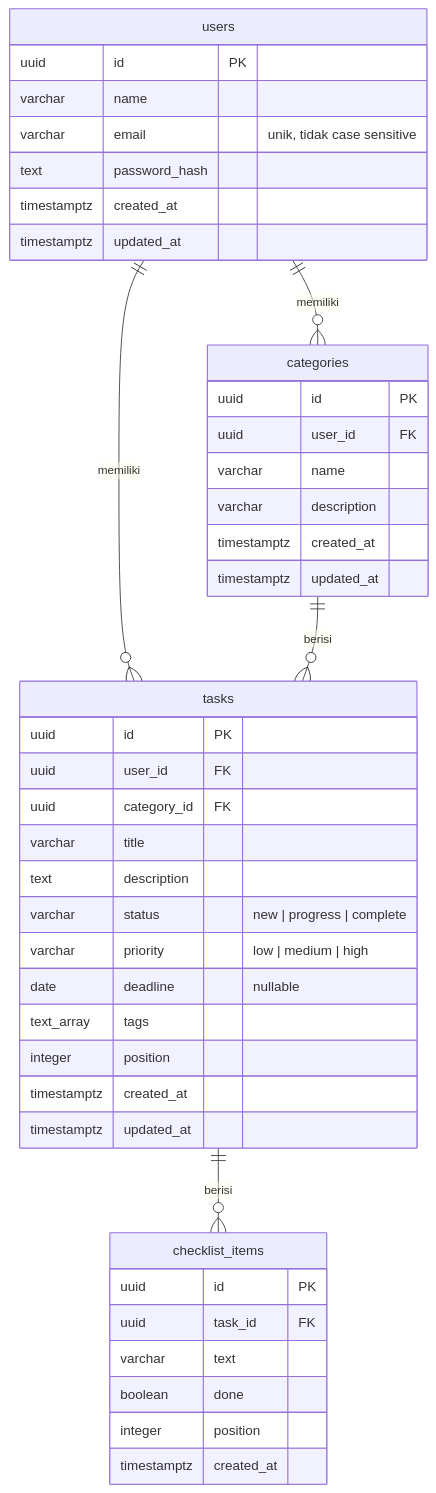
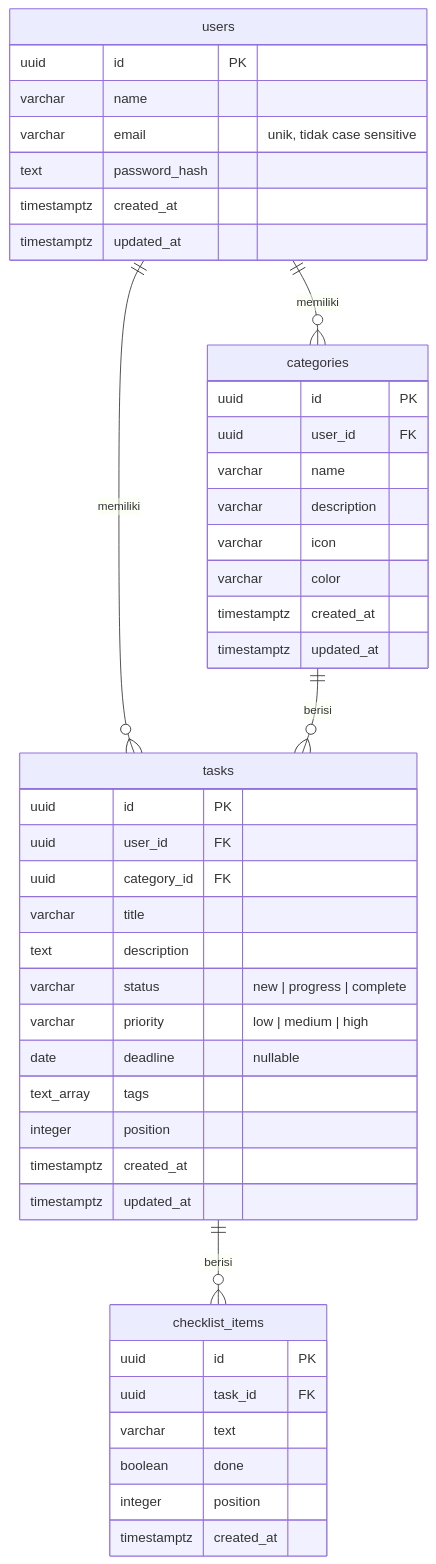
Before and after one commit to ignaways/memo-task: the diagram in server/docs/DATABASE.md, drawn with Mermaid. The commit also changed other lines of this file and 51 other files, not shown here.

````diff
--- a/server/docs/DATABASE.md
+++ b/server/docs/DATABASE.md
@@ -7,49 +7,51 @@
 ```mermaid
 erDiagram
     users ||--o{ categories : memiliki
     users ||--o{ tasks : memiliki
     categories ||--o{ tasks : berisi
     tasks ||--o{ checklist_items : berisi
 
     users {
         uuid id PK
         varchar name
         varchar email "unik, tidak case sensitive"
         text password_hash
         timestamptz created_at
         timestamptz updated_at
     }
 
     categories {
         uuid id PK
         uuid user_id FK
         varchar name
         varchar description
+        varchar icon
+        varchar color
         timestamptz created_at
         timestamptz updated_at
     }
 
     tasks {
         uuid id PK
         uuid user_id FK
         uuid category_id FK
         varchar title
         text description
         varchar status "new | progress | complete"
         varchar priority "low | medium | high"
         date deadline "nullable"
         text_array tags
         integer position
         timestamptz created_at
         timestamptz updated_at
     }
 
     checklist_items {
         uuid id PK
         uuid task_id FK
         varchar text
         boolean done
         integer position
         timestamptz created_at
     }
 ```
````
